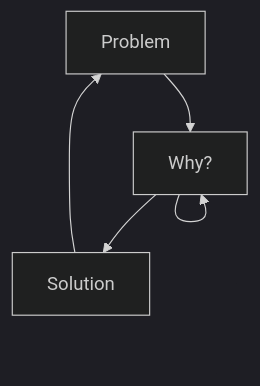
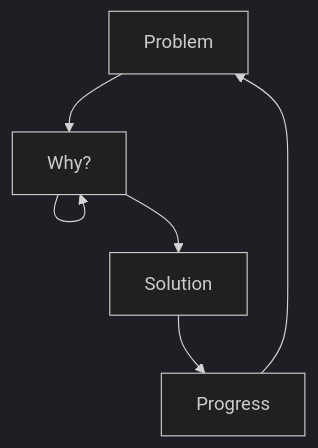
Before and after one commit to Jerome-Spaeter/Jerome-Spaeter: the diagram in README.md, drawn with Mermaid (dark theme).

````diff
--- a/README.md
+++ b/README.md
@@ -40,8 +40,9 @@
 ```mermaid
   graph TD;
       Problem-->Why?;
       Why?-->Why?;
       Why?-->Why?;
       Why?-->Solution;
-      Solution-->Problem;
+      Solution-->Progress;
+      Progress-->Problem;
 ```
````
